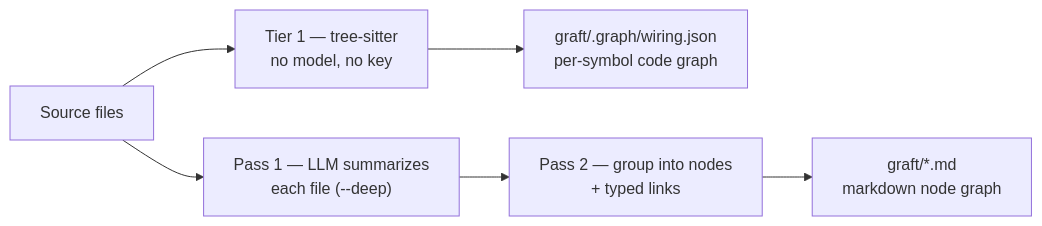
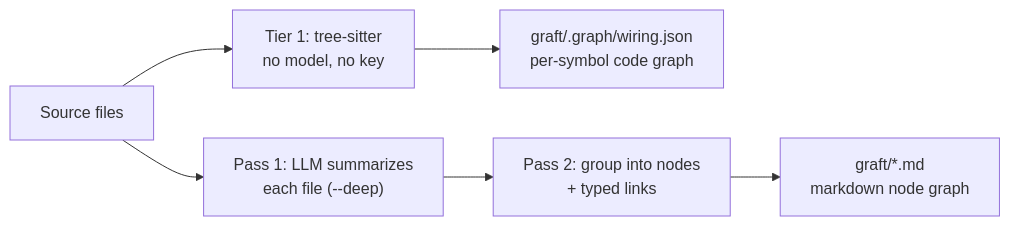
The diagram in graph.mmd (sharonwang554/graft-docs), drawn with Mermaid before and after one commit. The commit also changed 52 other files, not shown here.

```diff
--- a/graph.mmd
+++ b/graph.mmd
@@ -1,6 +1,6 @@
 flowchart LR
-    S[Source files] --> T["Tier 1 — tree-sitter<br/>no model, no key"]
-    S --> P1["Pass 1 — LLM summarizes<br/>each file (--deep)"]
+    S[Source files] --> T["Tier 1: tree-sitter<br/>no model, no key"]
+    S --> P1["Pass 1: LLM summarizes<br/>each file (--deep)"]
     T --> W["graft/.graph/wiring.json<br/>per-symbol code graph"]
-    P1 --> P2["Pass 2 — group into nodes<br/>+ typed links"]
+    P1 --> P2["Pass 2: group into nodes<br/>+ typed links"]
     P2 --> N["graft/*.md<br/>markdown node graph"]
```
